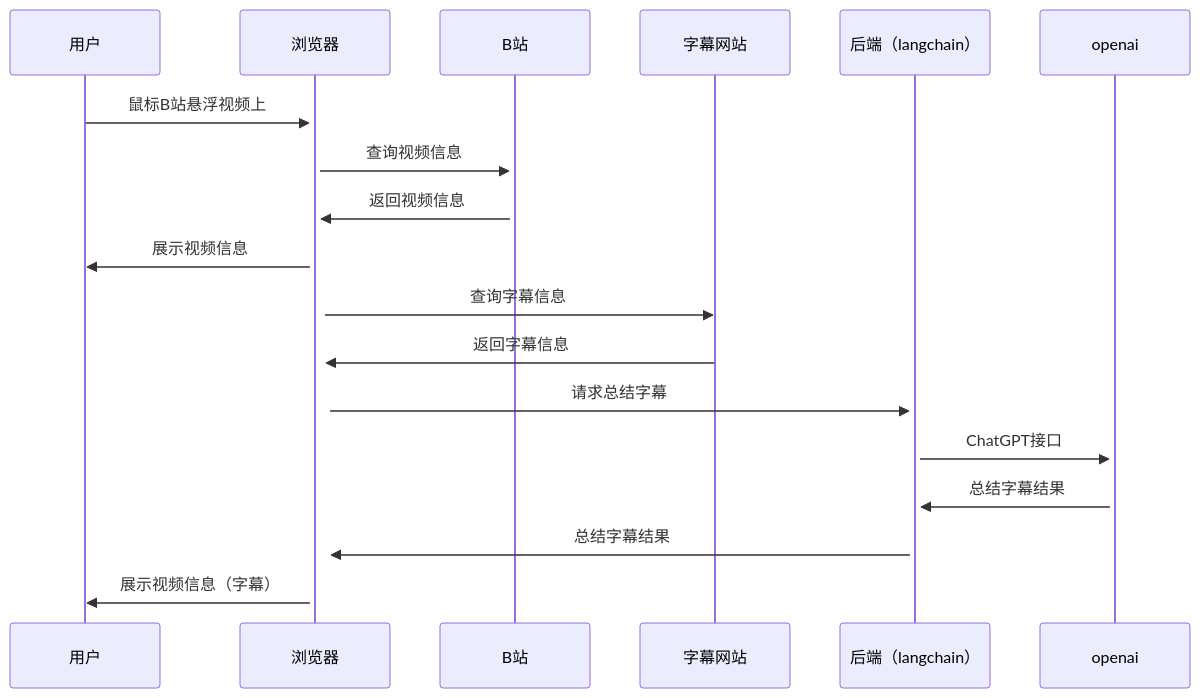
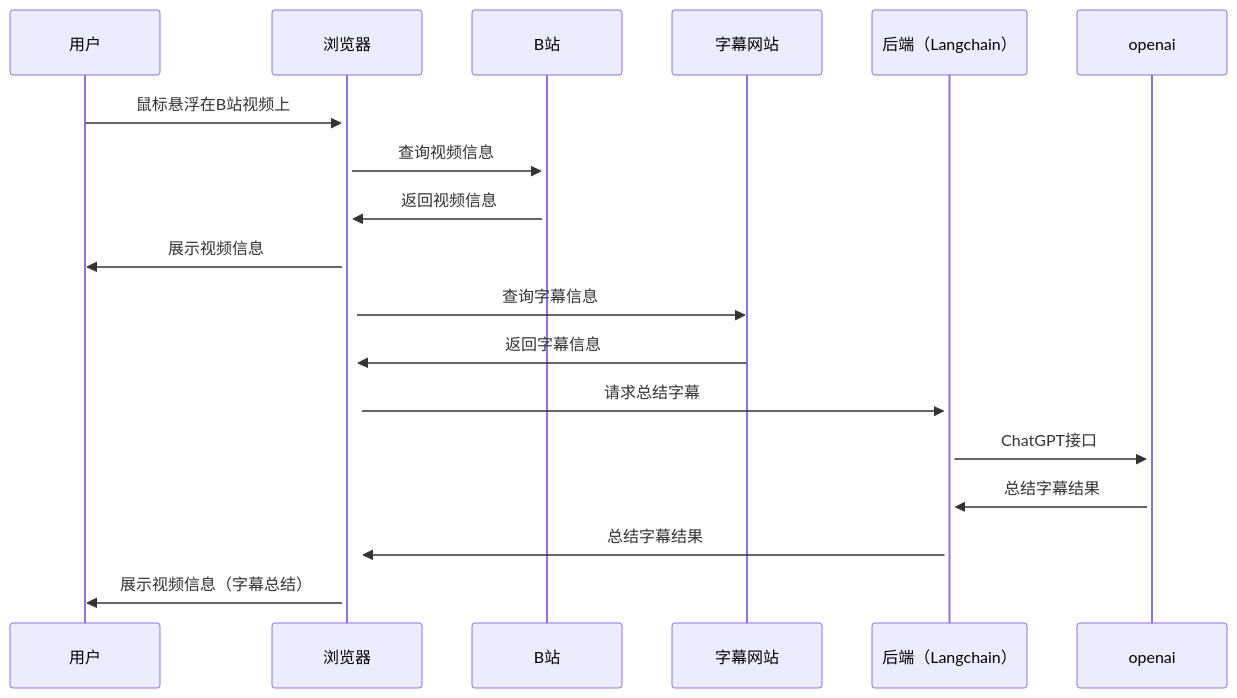
Before and after one commit to 2951121599/Bili-Insight: the diagram in README.md, drawn with Mermaid. The commit also changed other lines of this file and 2 other files, not shown here.

````diff
--- a/README.md
+++ b/README.md
@@ -32,18 +32,18 @@
 ```mermaid
 sequenceDiagram
     participant 用户
     participant 浏览器
     participant B站
 
-    用户->>+浏览器: 鼠标B站悬浮视频上
+    用户->>+浏览器: 鼠标悬浮在B站视频上
     浏览器->>+B站: 查询视频信息
     B站->>+浏览器: 返回视频信息
     浏览器->>用户: 展示视频信息
     浏览器->>字幕网站: 查询字幕信息
     字幕网站->>+浏览器: 返回字幕信息
-    浏览器->>+后端（langchain）: 请求总结字幕
-    后端（langchain）->>+openai: ChatGPT接口
-    openai->>+后端（langchain）: 总结字幕结果
-    后端（langchain）->>+浏览器: 总结字幕结果
-    浏览器->>用户: 展示视频信息（字幕）
+    浏览器->>+后端（Langchain）: 请求总结字幕
+    后端（Langchain）->>+openai: ChatGPT接口
+    openai->>+后端（Langchain）: 总结字幕结果
+    后端（Langchain）->>+浏览器: 总结字幕结果
+    浏览器->>用户: 展示视频信息（字幕总结）
 ```
````
